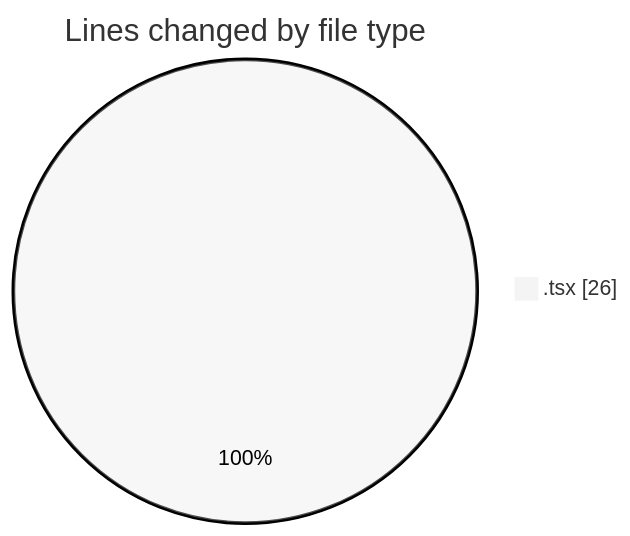
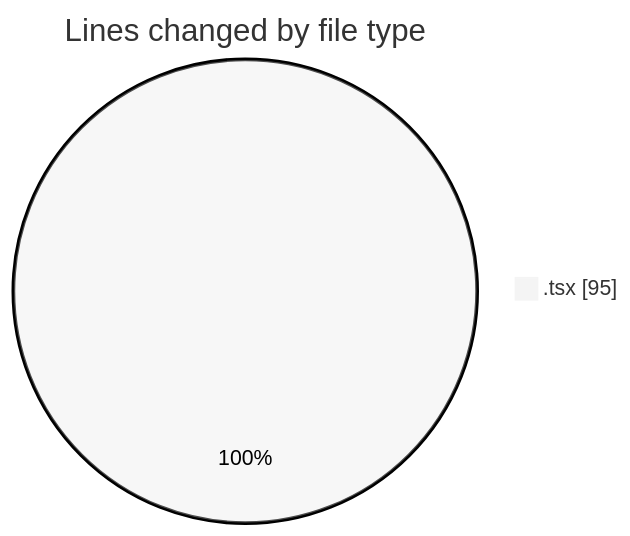
Before and after one commit to nxtqubesakshisongat/code-tracking: the first of 2 diagrams in 2026-08-02/nxtqube_webapp/README.md, drawn with Mermaid (neutral theme). The commit also changed other lines of this file and 1 other file, not shown here.

````diff
--- a/2026-08-02/nxtqube_webapp/README.md
+++ b/2026-08-02/nxtqube_webapp/README.md
@@ -20,5 +20,5 @@
 ```mermaid
 pie showData
 title Lines changed by file type
-".tsx" : 26
+".tsx" : 95
 ```
````
